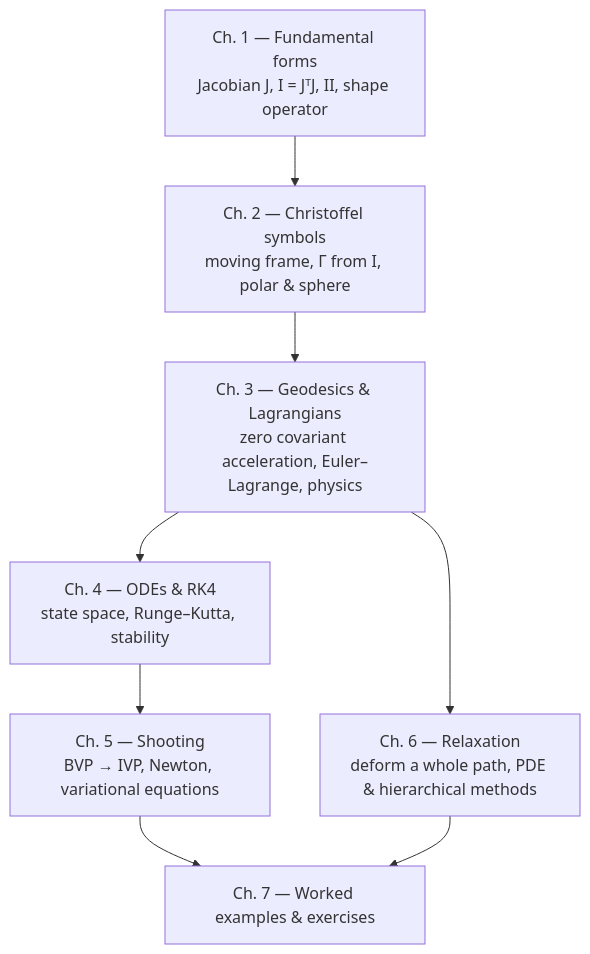
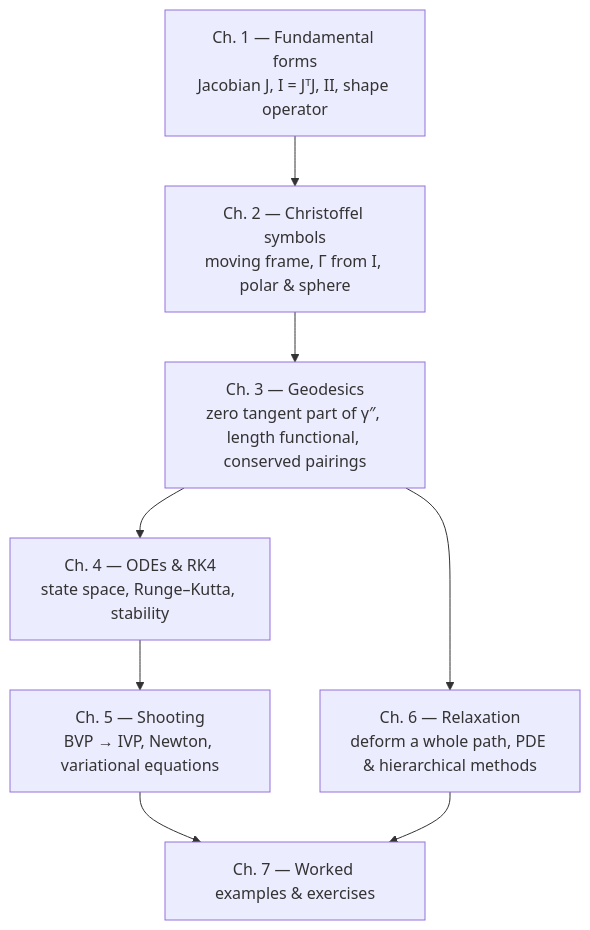
One commit to TreeHappy/brane changed the diagram in projects/geodesia/learn-geodesia/index.md. Above: the diagram before and after it, drawn with Mermaid. The commit also changed other lines of this file and 7 other files, not shown here.

````diff
--- a/projects/geodesia/learn-geodesia/index.md
+++ b/projects/geodesia/learn-geodesia/index.md
@@ -38,14 +39,14 @@
 ```mermaid
 flowchart TD
     A["Ch. 1 — Fundamental forms<br/>Jacobian J, I = JᵀJ, II, shape operator"]
     B["Ch. 2 — Christoffel symbols<br/>moving frame, Γ from I, polar & sphere"]
-    C["Ch. 3 — Geodesics & Lagrangians<br/>zero covariant acceleration, Euler–Lagrange, physics"]
+    C["Ch. 3 — Geodesics<br/>zero tangent part of γ″, length functional, conserved pairings"]
     D["Ch. 4 — ODEs & RK4<br/>state space, Runge–Kutta, stability"]
     E["Ch. 5 — Shooting<br/>BVP → IVP, Newton, variational equations"]
     F["Ch. 6 — Relaxation<br/>deform a whole path, PDE & hierarchical methods"]
     G["Ch. 7 — Worked examples & exercises"]
     A --> B --> C --> D --> E
     C --> F
     E --> G
     F --> G
 ```
````
